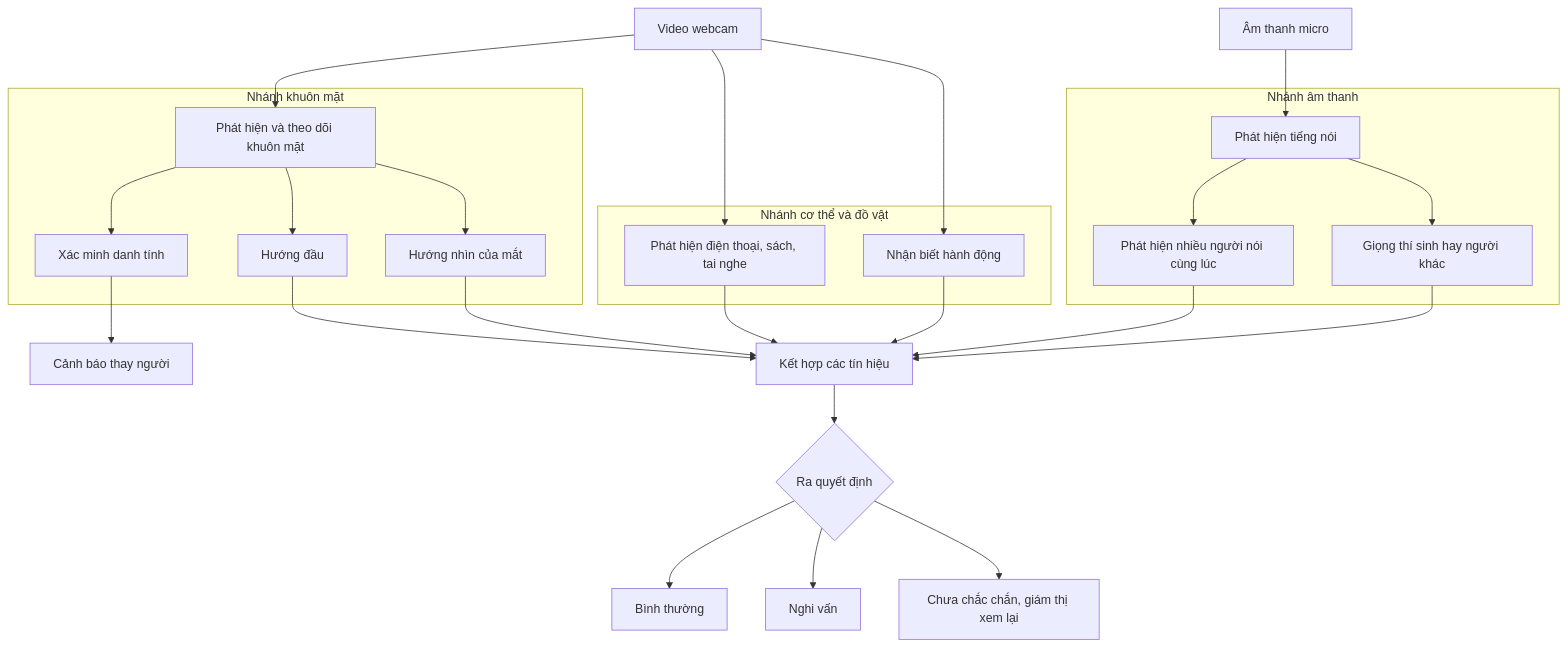
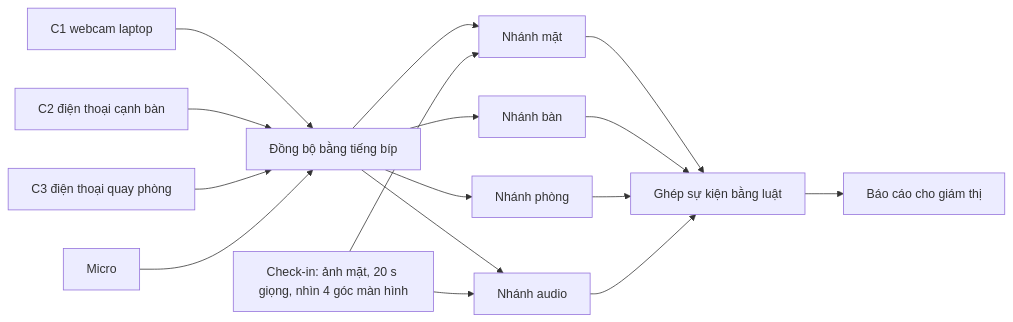
Before and after one commit to Kdark1311/Cheating_detection: the diagram in README.md, drawn with Mermaid. The commit also changed other lines of this file and 33 other files, not shown here.

````diff
--- a/README.md
+++ b/README.md
@@ -19,54 +18,31 @@
 ```mermaid
-flowchart TD
-    video["Video webcam"]
-    mic["Âm thanh micro"]
+flowchart LR
+    checkin["Check-in: ảnh mặt, 20 s giọng, nhìn 4 góc màn hình"]
+    c1["C1 webcam laptop"]
+    c2["C2 điện thoại cạnh bàn"]
+    c3["C3 điện thoại quay phòng"]
+    mic["Micro"]
+    sync["Đồng bộ bằng tiếng bíp"]
+    face["Nhánh mặt"]
+    desk["Nhánh bàn"]
+    scene["Nhánh phòng"]
+    audio["Nhánh audio"]
+    fusion["Ghép sự kiện bằng luật"]
+    report["Báo cáo cho giám thị"]
 
-    subgraph faceBranch["Nhánh khuôn mặt"]
-        faceTrack["Phát hiện và theo dõi khuôn mặt"]
-        identity["Xác minh danh tính"]
-        headPose["Hướng đầu"]
-        gaze["Hướng nhìn của mắt"]
-    end
-
-    subgraph bodyBranch["Nhánh cơ thể và đồ vật"]
-        objects["Phát hiện điện thoại, sách, tai nghe"]
-        actions["Nhận biết hành động"]
-    end
-
-    subgraph audioBranch["Nhánh âm thanh"]
-        speech["Phát hiện tiếng nói"]
-        overlap["Phát hiện nhiều người nói cùng lúc"]
-        speaker["Giọng thí sinh hay người khác"]
-    end
-
-    fusion["Kết hợp các tín hiệu"]
-    decision{"Ra quyết định"}
-    normal["Bình thường"]
-    suspicious["Nghi vấn"]
-    unsure["Chưa chắc chắn, giám thị xem lại"]
-    swapAlert["Cảnh báo thay người"]
-
-    video --> faceTrack
-    video --> objects
-    video --> actions
-    mic --> speech
-
-    faceTrack --> identity
-    faceTrack --> headPose
-    faceTrack --> gaze
-    speech --> overlap
-    speech --> speaker
-
-    headPose --> fusion
-    gaze --> fusion
-    objects --> fusion
-    actions --> fusion
-    overlap --> fusion
-    speaker --> fusion
-
-    fusion --> decision
-    decision --> normal
-    decision --> suspicious
-    decision --> unsure
-    identity --> swapAlert
+    c1 --> sync
+    c2 --> sync
+    c3 --> sync
+    mic --> sync
+    sync --> face
+    sync --> desk
+    sync --> scene
+    sync --> audio
+    checkin --> face
+    checkin --> audio
+    face --> fusion
+    desk --> fusion
+    scene --> fusion
+    audio --> fusion
+    fusion --> report
 ```
````
